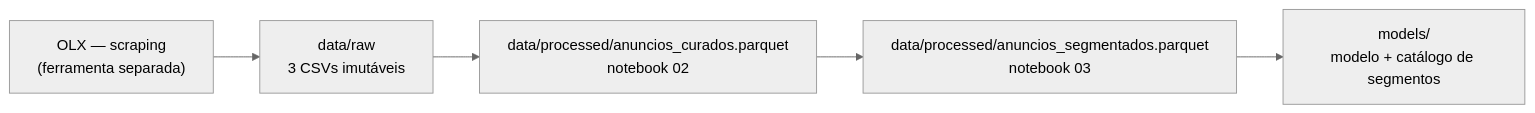
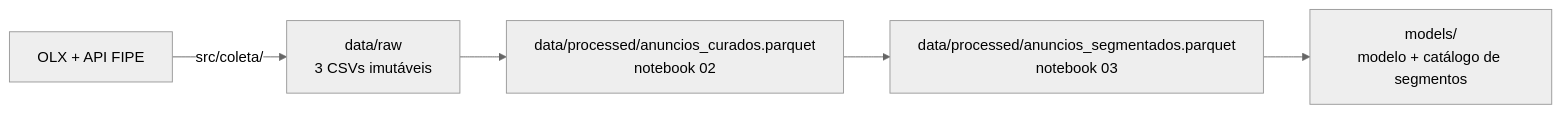
One commit to venicios1997/analise_veicular_fortaleza changed the diagram in docs/fonte-dados.md. Above: the diagram before and after it, drawn with Mermaid (neutral theme). The commit also changed other lines of this file and 12 other files, not shown here.

````diff
--- a/docs/fonte-dados.md
+++ b/docs/fonte-dados.md
@@ -83,7 +135,7 @@
 ```mermaid
 flowchart LR
-    A["OLX — scraping<br/>(ferramenta separada)"] --> B["data/raw<br/>3 CSVs imutáveis"]
+    A["OLX + API FIPE"] -->|"src/coleta/"| B["data/raw<br/>3 CSVs imutáveis"]
     B --> C["data/processed/anuncios_curados.parquet<br/>notebook 02"]
     C --> D["data/processed/anuncios_segmentados.parquet<br/>notebook 03"]
     D --> E["models/<br/>modelo + catálogo de segmentos"]
 ```
````
